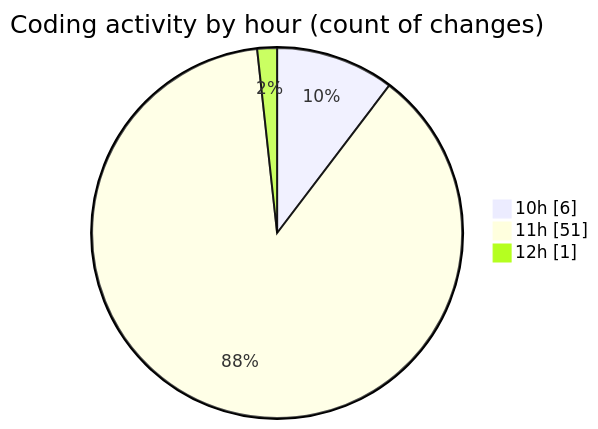
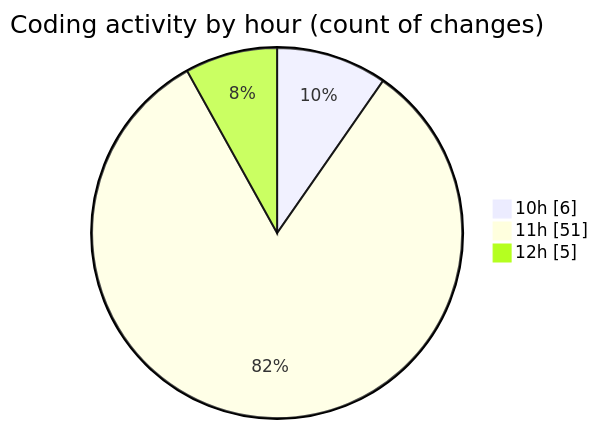
Before and after one commit to nxtqubesakshisongat/code-tracking: the second of 2 diagrams in 2026-04-09/airfeed-analytics-dashboard/README.md, drawn with Mermaid. The commit also changed other lines of this file and 1 other file, not shown here.

````diff
--- a/2026-04-09/airfeed-analytics-dashboard/README.md
+++ b/2026-04-09/airfeed-analytics-dashboard/README.md
@@ -34,7 +34,7 @@
 ```mermaid
 pie showData
 title Coding activity by hour (count of changes)
 "10h" : 6
 "11h" : 51
-"12h" : 1
+"12h" : 5
 ```
````
